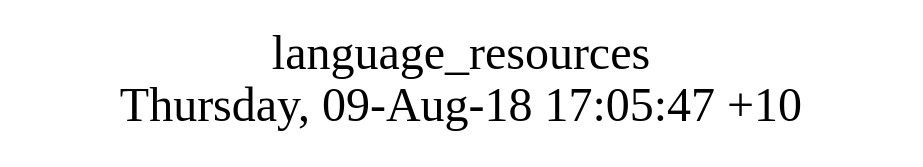
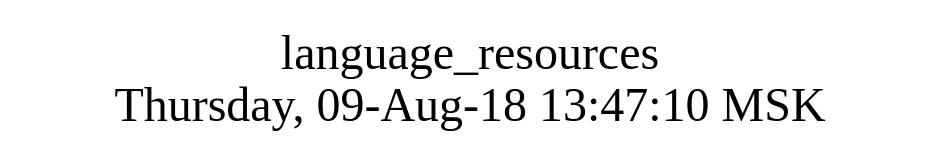
The diagram in src/language_resources/struct.dot (AplaProject/apps), drawn with Graphviz before and after one commit. The commit also changed 2 other files, not shown here.

```diff
--- a/src/language_resources/struct.dot
+++ b/src/language_resources/struct.dot
@@ -1,8 +1,10 @@
 digraph G {
-fontsize="24";
-label="language_resources\nThursday, 09-Aug-18 17:05:47 +10";
-nojustify=true;
-ordering=out;
-rankdir=LR;
-size="30";
+graph [
+  fontsize="24";
+  label="language_resources\nThursday, 09-Aug-18 13:47:10 MSK";
+  nojustify=true;
+  ordering=out;
+  rankdir=LR;
+  size="30";
+];
 }
```
